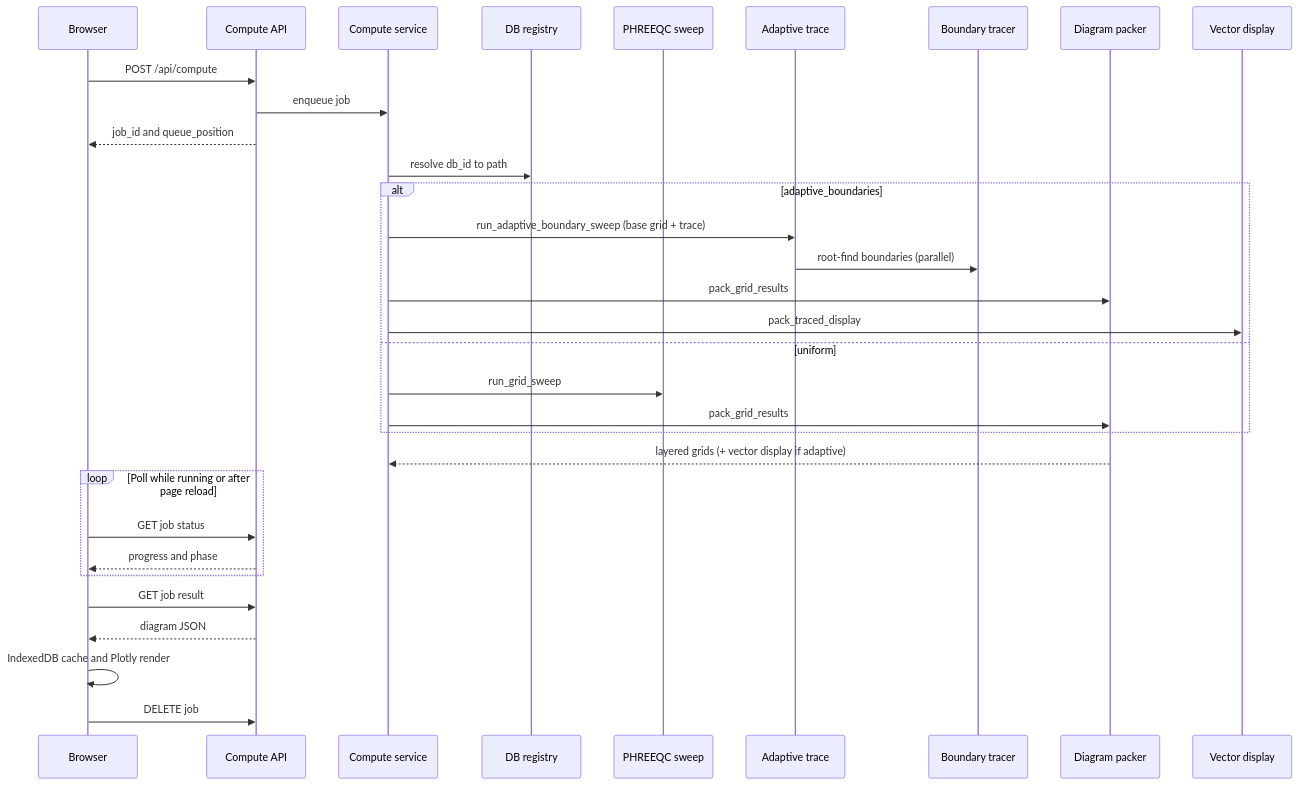
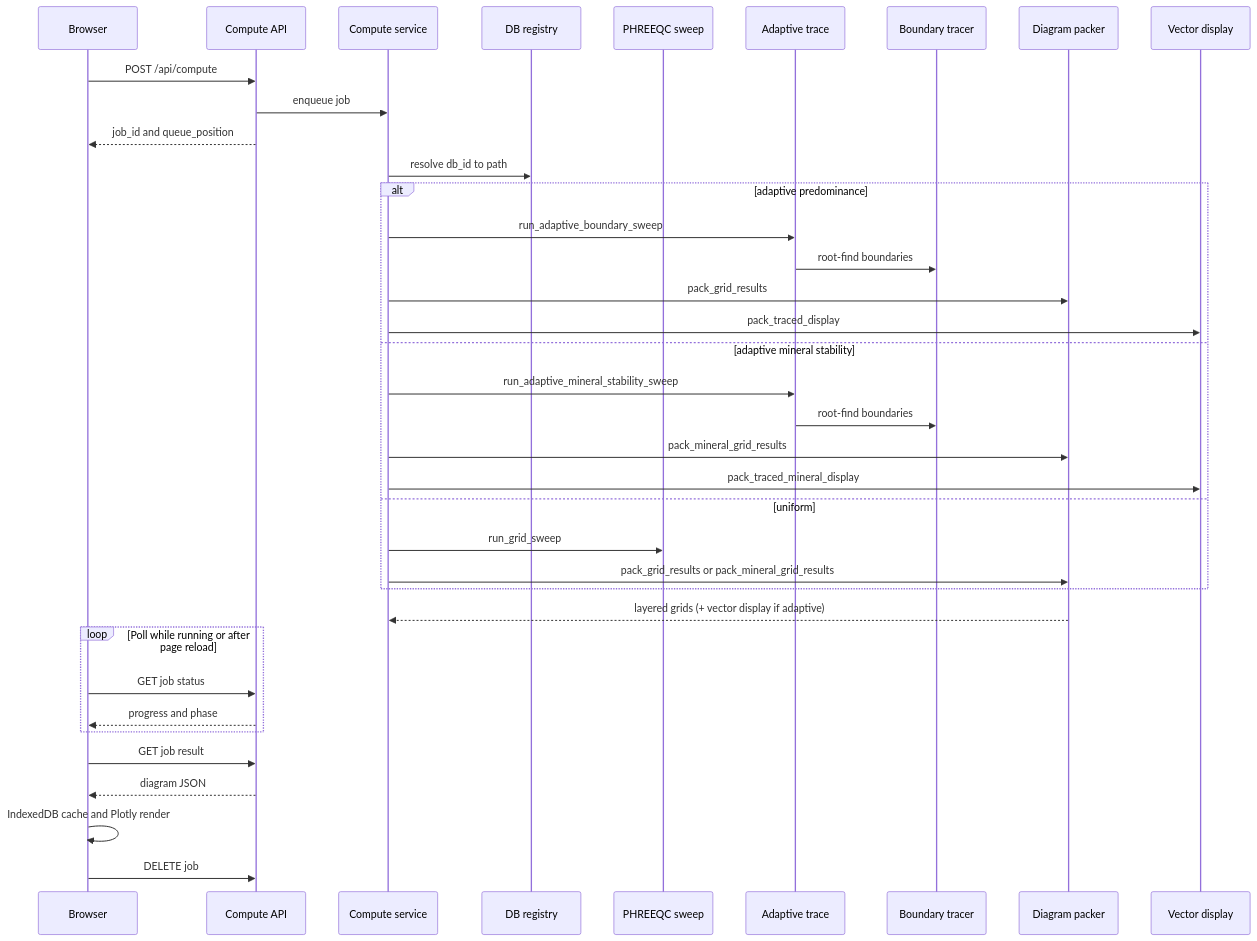
Before and after one commit to Matteo-Loche/Phaser: the second of 2 diagrams in README.md, drawn with Mermaid. The commit also changed other lines of this file and 10 other files, not shown here.

First line of the commit message:
Front end and API for the mineral stability features

````diff
--- a/README.md
+++ b/README.md
@@ -1008,35 +1020,40 @@
 ```mermaid
 sequenceDiagram
     participant UI as Browser
     participant API as Compute API
     participant Job as Compute service
     participant Reg as DB registry
     participant Sw as PHREEQC sweep
     participant Ad as Adaptive trace
     participant Tr as Boundary tracer
     participant Pack as Diagram packer
     participant Vec as Vector display
 
     UI->>API: POST /api/compute
     API->>Job: enqueue job
     API-->>UI: job_id and queue_position
     Job->>Reg: resolve db_id to path
-    alt adaptive_boundaries
-        Job->>Ad: run_adaptive_boundary_sweep (base grid + trace)
-        Ad->>Tr: root-find boundaries (parallel)
+    alt adaptive predominance
+        Job->>Ad: run_adaptive_boundary_sweep
+        Ad->>Tr: root-find boundaries
         Job->>Pack: pack_grid_results
         Job->>Vec: pack_traced_display
+    else adaptive mineral stability
+        Job->>Ad: run_adaptive_mineral_stability_sweep
+        Ad->>Tr: root-find boundaries
+        Job->>Pack: pack_mineral_grid_results
+        Job->>Vec: pack_traced_mineral_display
     else uniform
         Job->>Sw: run_grid_sweep
-        Job->>Pack: pack_grid_results
+        Job->>Pack: pack_grid_results or pack_mineral_grid_results
     end
     Pack-->>Job: layered grids (+ vector display if adaptive)
     loop Poll while running or after page reload
         UI->>API: GET job status
         API-->>UI: progress and phase
     end
     UI->>API: GET job result
     API-->>UI: diagram JSON
     UI->>UI: IndexedDB cache and Plotly render
     UI->>API: DELETE job
 ```
````
